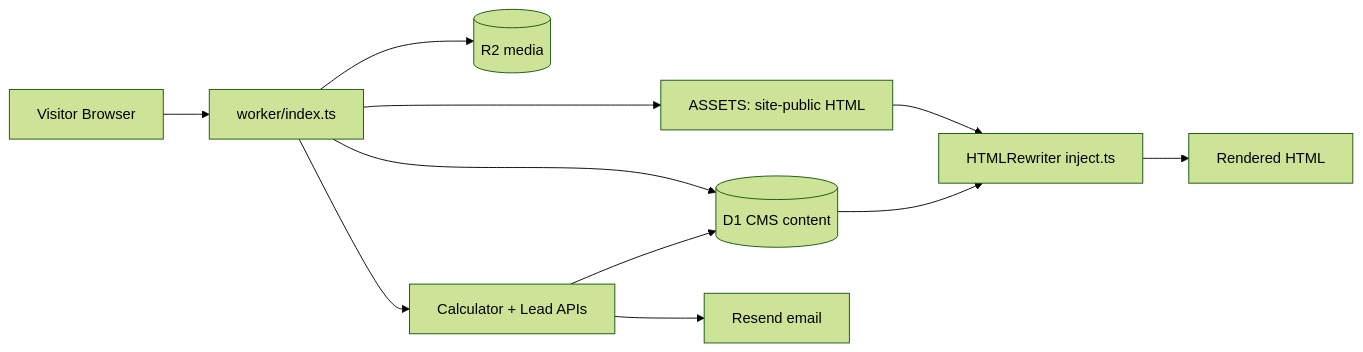
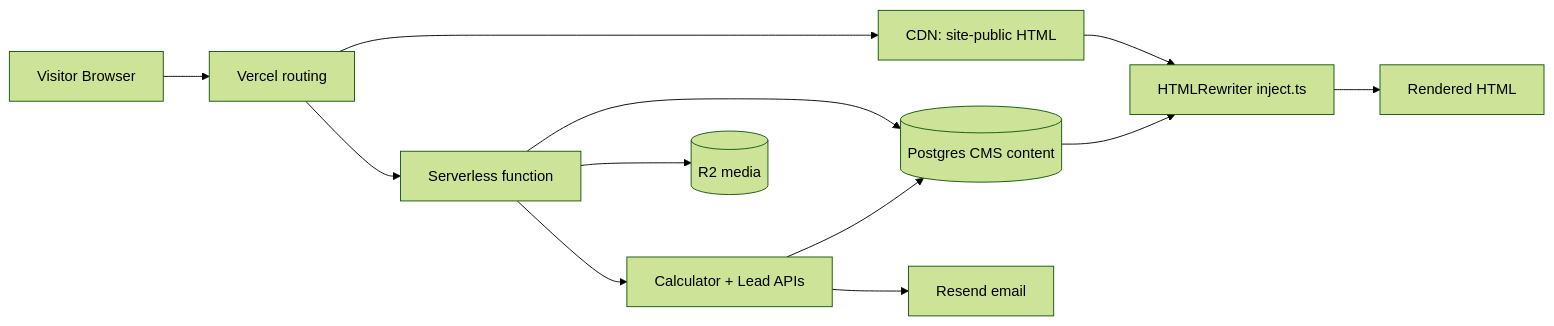
Before and after one commit to viraayaweddings/website: the diagram in docs/public-site/README.md, drawn with Mermaid (forest theme). The commit also changed other lines of this file and 41 other files, not shown here.

````diff
--- a/docs/public-site/README.md
+++ b/docs/public-site/README.md
@@ -18,13 +18,14 @@
 ```mermaid
 flowchart LR
-  Visitor[Visitor Browser] --> Worker[worker/index.ts]
-  Worker --> Static[ASSETS: site-public HTML]
-  Worker --> D1[(D1 CMS content)]
-  Worker --> R2[(R2 media)]
-  Worker --> APIs[Calculator + Lead APIs]
+  Visitor[Visitor Browser] --> Routes[Vercel routing]
+  Routes --> Static[CDN: site-public HTML]
+  Routes --> Fn[Serverless function]
+  Fn --> DB[(Postgres CMS content)]
+  Fn --> R2[(R2 media)]
+  Fn --> APIs[Calculator + Lead APIs]
   Static --> Inject[HTMLRewriter inject.ts]
-  D1 --> Inject
+  DB --> Inject
   Inject --> HTML[Rendered HTML]
-  APIs --> D1
+  APIs --> DB
   APIs --> Resend[Resend email]
 ```
````
